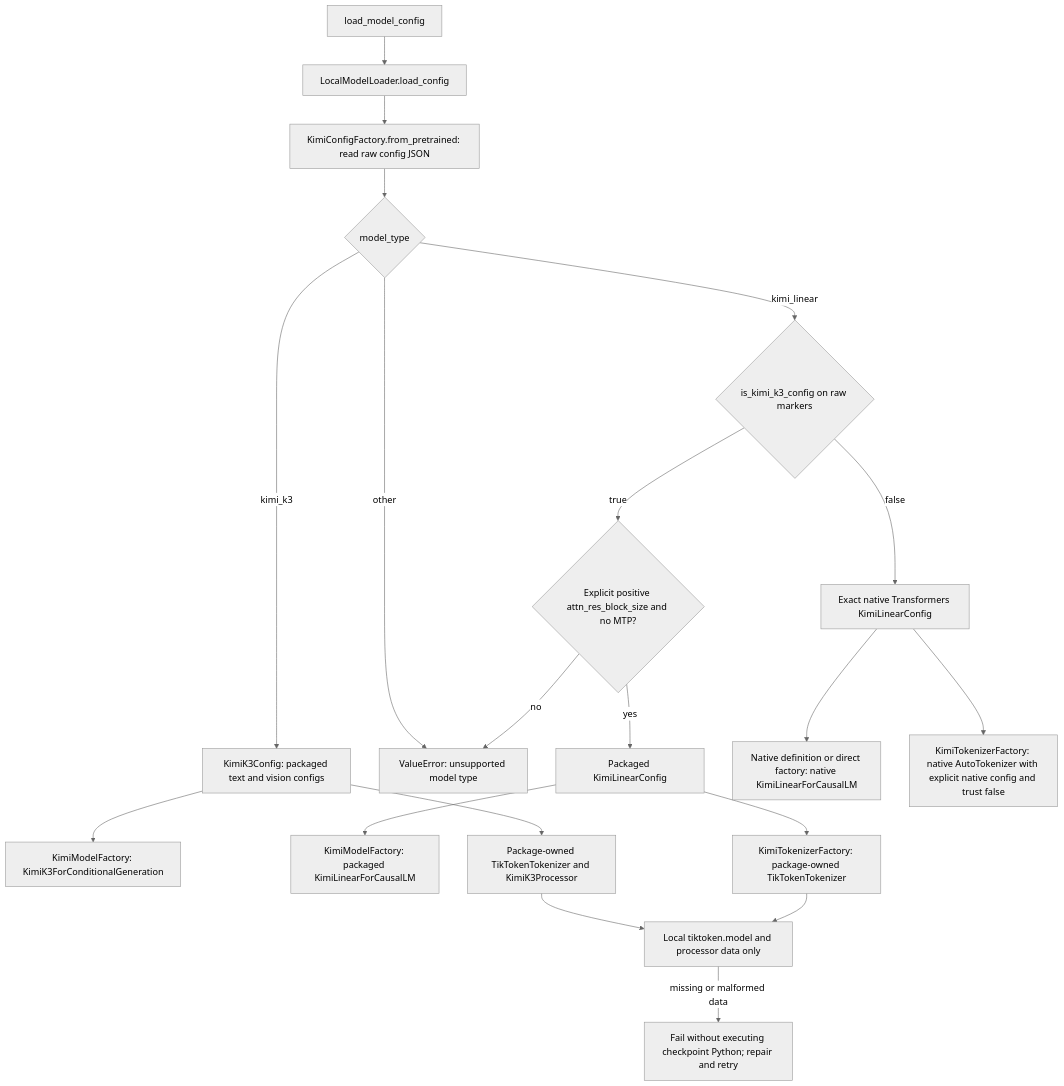
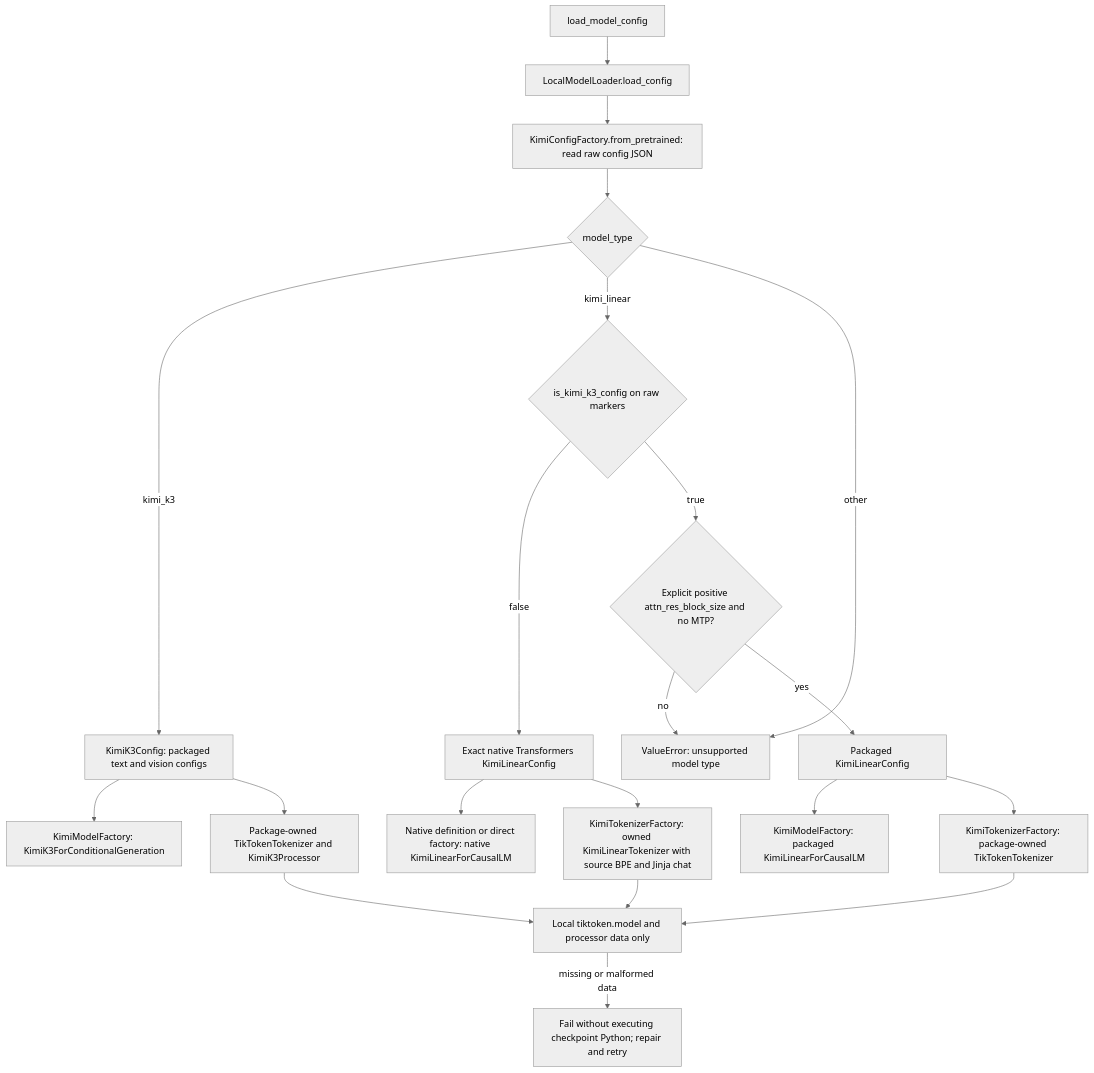
One commit to ModelCloud/GPTQModel changed the first of 4 diagrams in gptqmodel/models/ports/kimi_k3/README.md. Above: the diagram before and after it, drawn with Mermaid (neutral theme). The commit also changed other lines of this file and 9 other files, not shown here.

Commit message:
Fix Kimi source tokenizer, published KDA padding and multimodal continuation

````diff
--- a/gptqmodel/models/ports/kimi_k3/README.md
+++ b/gptqmodel/models/ports/kimi_k3/README.md
@@ -19,22 +19,23 @@
 ```mermaid
 flowchart TD
     A[load_model_config] --> B[LocalModelLoader.load_config]
     B --> C[KimiConfigFactory.from_pretrained: read raw config JSON]
     C --> D{model_type}
     D -->|kimi_k3| E[KimiK3Config: packaged text and vision configs]
     D -->|kimi_linear| F{is_kimi_k3_config on raw markers}
     D -->|other| X[ValueError: unsupported model type]
     F -->|false| G[Exact native Transformers KimiLinearConfig]
     F -->|true| H{Explicit positive attn_res_block_size and no MTP?}
     H -->|no| X
     H -->|yes| I[Packaged KimiLinearConfig]
     E --> J[KimiModelFactory: KimiK3ForConditionalGeneration]
     I --> K[KimiModelFactory: packaged KimiLinearForCausalLM]
     G --> L[Native definition or direct factory: native KimiLinearForCausalLM]
     E --> M[Package-owned TikTokenTokenizer and KimiK3Processor]
     I --> N[KimiTokenizerFactory: package-owned TikTokenTokenizer]
-    G --> O[KimiTokenizerFactory: native AutoTokenizer with explicit native config and trust false]
+    G --> O[KimiTokenizerFactory: owned KimiLinearTokenizer with source BPE and Jinja chat]
     M --> P[Local tiktoken.model and processor data only]
     N --> P
+    O --> P
     P -->|missing or malformed data| Q[Fail without executing checkpoint Python; repair and retry]
 ```
````
